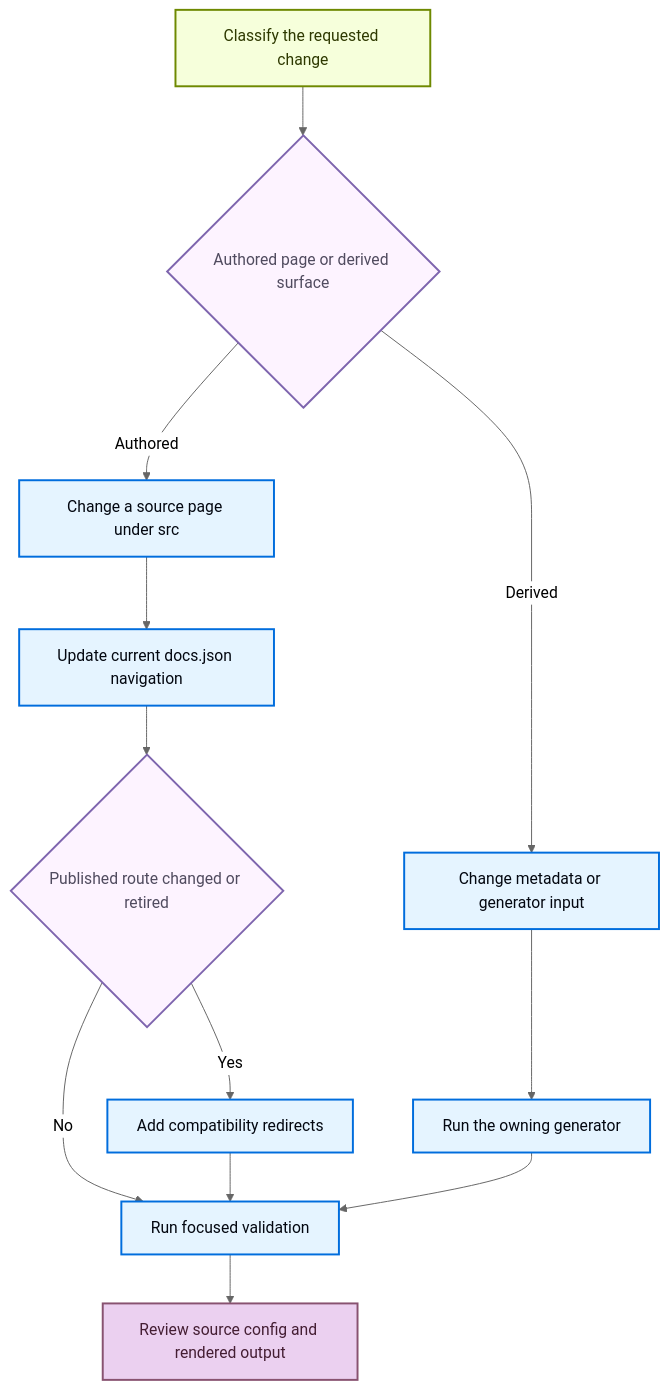
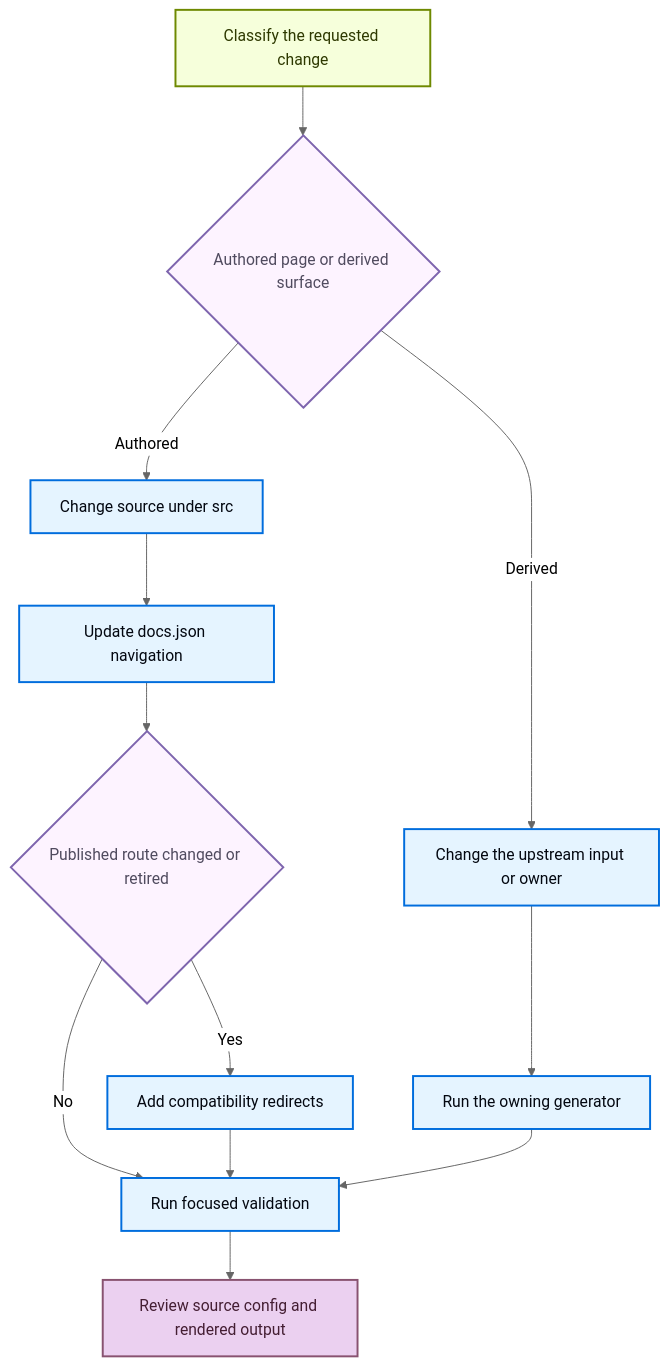
One commit to langchain-ai/docs changed the diagram in openwiki/operations/adding-pages.md. Above: the diagram before and after it, drawn with Mermaid (neutral theme). The commit also changed other lines of this file and 30 other files, not shown here.

````diff
--- a/openwiki/operations/adding-pages.md
+++ b/openwiki/operations/adding-pages.md
@@ -53,22 +51,22 @@
 ```mermaid
 flowchart TD
     Start["Classify the requested change"] --> Owner{"Authored page or derived surface"}
-    Owner -->|"Authored"| Source["Change a source page under src"]
-    Owner -->|"Derived"| Input["Change metadata or generator input"]
-    Source --> Nav["Update current docs.json navigation"]
+    Owner -->|"Authored"| Source["Change source under src"]
+    Owner -->|"Derived"| Input["Change the upstream input or owner"]
+    Source --> Nav["Update docs.json navigation"]
     Input --> Generate["Run the owning generator"]
     Nav --> Route{"Published route changed or retired"}
     Route -->|"Yes"| Redirect["Add compatibility redirects"]
     Route -->|"No"| Check["Run focused validation"]
     Redirect --> Check
     Generate --> Check
     Check --> Review["Review source config and rendered output"]
     classDef process fill:#E5F4FF,stroke:#006DDD,stroke-width:2px,color:#030710
     classDef trigger fill:#F6FFDB,stroke:#6E8900,stroke-width:2px,color:#2E3900
     classDef decision fill:#FDF3FF,stroke:#7E65AE,stroke-width:2px,color:#504B5F
     classDef output fill:#EBD0F0,stroke:#885270,stroke-width:2px,color:#441E33
     class Start trigger
     class Owner,Route decision
     class Source,Input,Nav,Generate,Redirect,Check process
     class Review output
 ```
````
